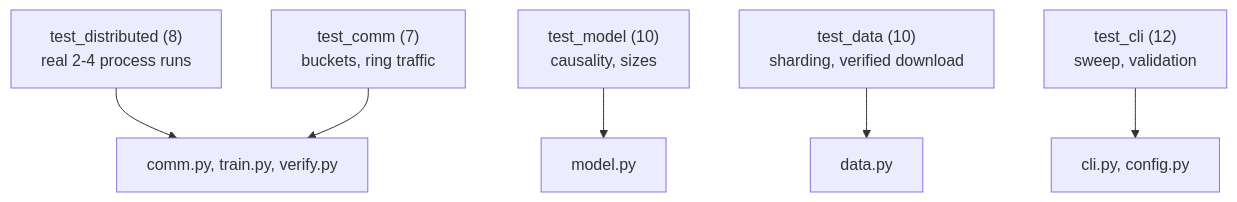
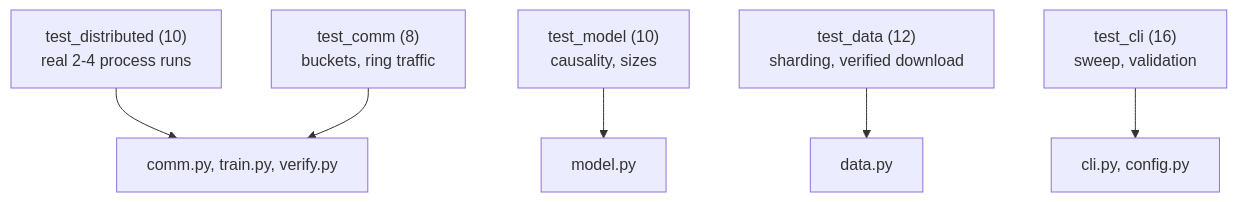
The second of 2 diagrams in README.md (EquinoxWN/distributed-training-lab), drawn with Mermaid before and after one commit. The commit also changed other lines of this file and 8 other files, not shown here.

````diff
--- a/README.md
+++ b/README.md
@@ -114,8 +114,8 @@
 ```mermaid
 flowchart TB
-  TD["test_distributed (8)<br/>real 2-4 process runs"] --> C["comm.py, train.py, verify.py"]
-  TC["test_comm (7)<br/>buckets, ring traffic"] --> C
+  TD["test_distributed (10)<br/>real 2-4 process runs"] --> C["comm.py, train.py, verify.py"]
+  TC["test_comm (8)<br/>buckets, ring traffic"] --> C
   TM["test_model (10)<br/>causality, sizes"] --> M["model.py"]
-  TDa["test_data (10)<br/>sharding, verified download"] --> D["data.py"]
-  TCl["test_cli (12)<br/>sweep, validation"] --> CL["cli.py, config.py"]
+  TDa["test_data (12)<br/>sharding, verified download"] --> D["data.py"]
+  TCl["test_cli (16)<br/>sweep, validation"] --> CL["cli.py, config.py"]
 ```
````
